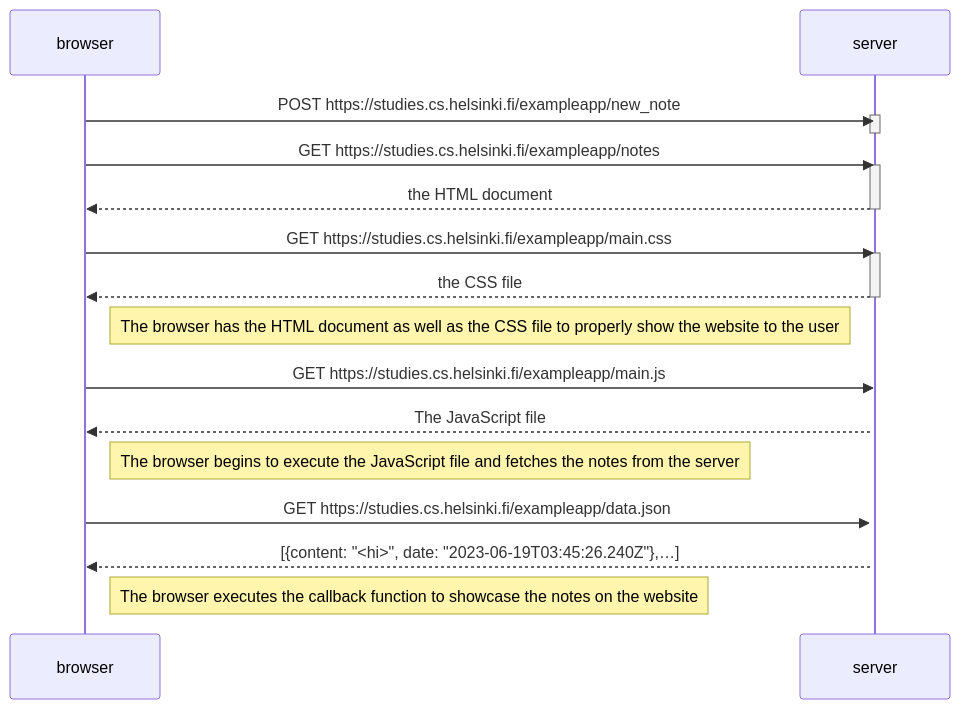
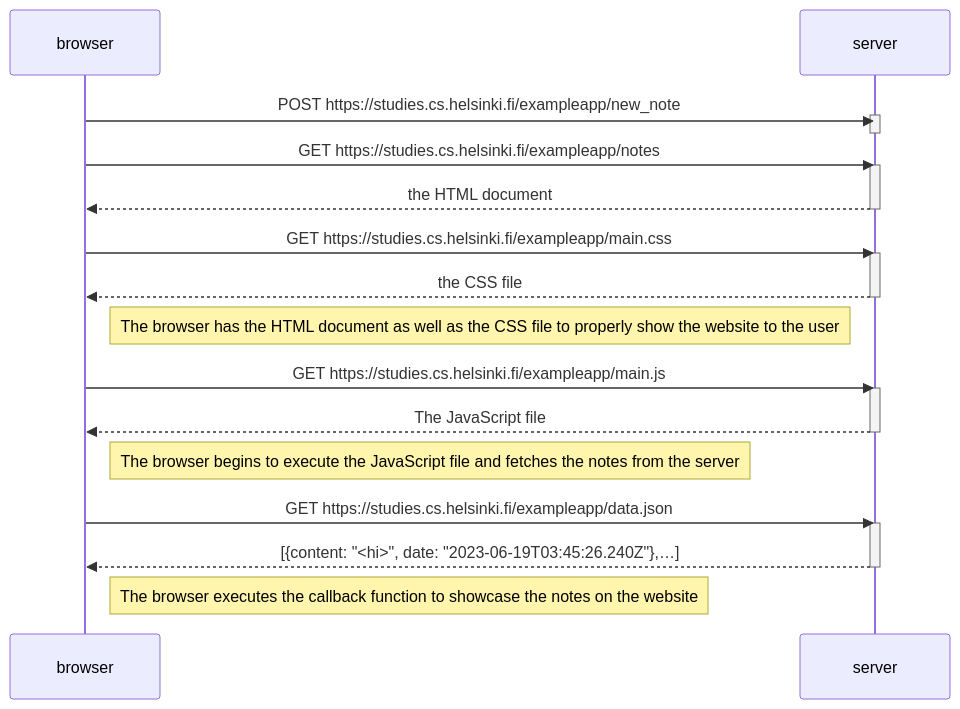
The diagram in tehtava_0_4.md (jtnorr/Fullstackopen-osa-0), drawn with Mermaid before and after one commit.

Commit message:
fixes to ex. 4

````diff
--- a/tehtava_0_4.md
+++ b/tehtava_0_4.md
@@ -1,34 +1,36 @@
 ```mermaid
 sequenceDiagram
     participant browser
     participant server
     
     browser->>server: POST https://studies.cs.helsinki.fi/exampleapp/new_note
     activate server
     deactivate server
 
     
     browser->>server: GET https://studies.cs.helsinki.fi/exampleapp/notes
     activate server
     server-->>browser: the HTML document
     deactivate server
     
     browser->>server: GET https://studies.cs.helsinki.fi/exampleapp/main.css
     activate server
     server-->>browser: the CSS file
     deactivate server
     
     Note right of browser: The browser has the HTML document as well as the CSS file to properly show the website to the user
     
     browser->>server: GET https://studies.cs.helsinki.fi/exampleapp/main.js
     activate server
     server-->>browser: The JavaScript file
+    deactivate server
 
     Note right of browser: The browser begins to execute the JavaScript file and fetches the notes from the server
 
     browser->>server: GET https://studies.cs.helsinki.fi/exampleapp/data.json
     activate server
     server-->>browser: [{content: "<hi>", date: "2023-06-19T03:45:26.240Z"},…]
+    deactivate server
 
     Note right of browser: The browser executes the callback function to showcase the notes on the website
 ```
````
